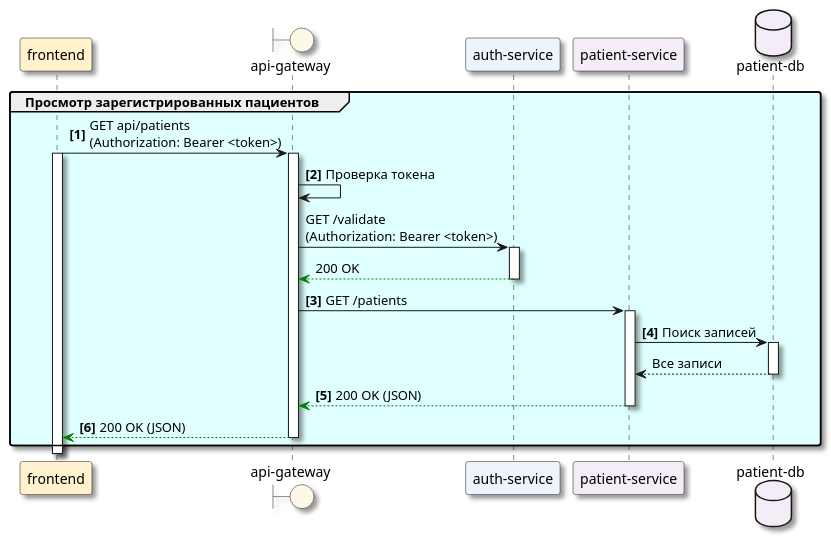
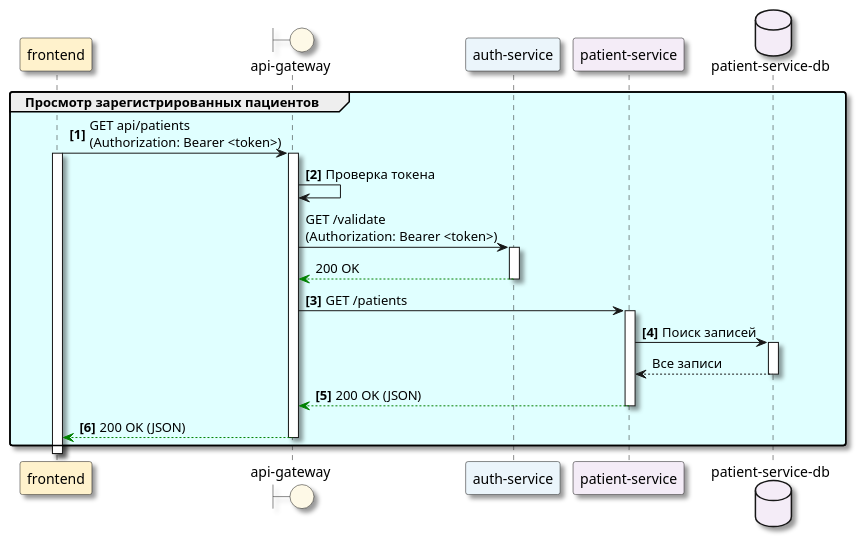
The diagram in Docs/As-is/Diagrams/ViewPatients.puml (ni1a207/Healthcare-System), drawn with PlantUML before and after one commit. The commit also changed 37 other files, not shown here.

```diff
--- a/Docs/As-is/Diagrams/ViewPatients.puml
+++ b/Docs/As-is/Diagrams/ViewPatients.puml
@@ -1,36 +1,36 @@
 @startuml
 skinparam Shadowing true
 skinparam RoundCorner 5
 skinparam MaxMessageSize 250
 participant "frontend" as FE #FFF2CC
 boundary "api-gateway" as GW #FEF9E7
 participant "auth-service" as Auth #EBF5FB
 participant "patient-service" as PS #F4ECF7
-database "patient-db" as DB #F4ECF7
+database "patient-service-db" as DB #F4ECF7
 autonumber "<b>[0]</b>"
 group #LightCyan Просмотр зарегистрированных пациентов
     FE -> GW: GET api/patients\n(Authorization: Bearer <token>)
     activate FE #White
     activate GW
     GW -> GW: Проверка токена
     autonumber stop
     GW -> Auth: GET /validate\n(Authorization: Bearer <token>)
     activate Auth
     autonumber stop
     Auth --[#green]> GW: 200 OK
     deactivate Auth
 autonumber resume
     GW -> PS: GET /patients
     activate PS
 PS->DB: Поиск записей
   activate DB
   autonumber stop
 DB-->PS: Все записи
 deactivate DB
 autonumber resume
 PS--[#green]>GW: 200 OK (JSON)
 deactivate PS
 GW--[#green]>FE: 200 OK (JSON)
 deactivate GW
   end
 @enduml
```
